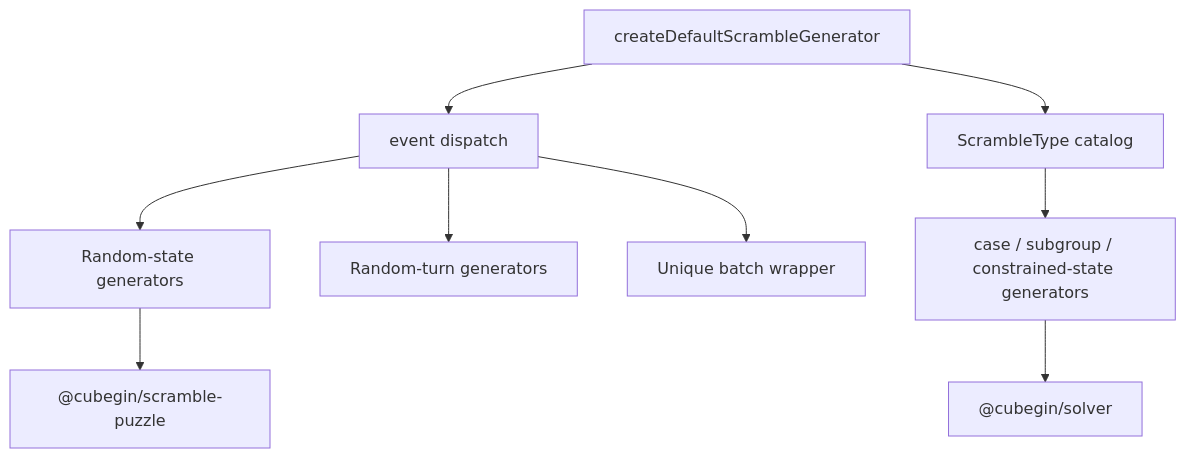
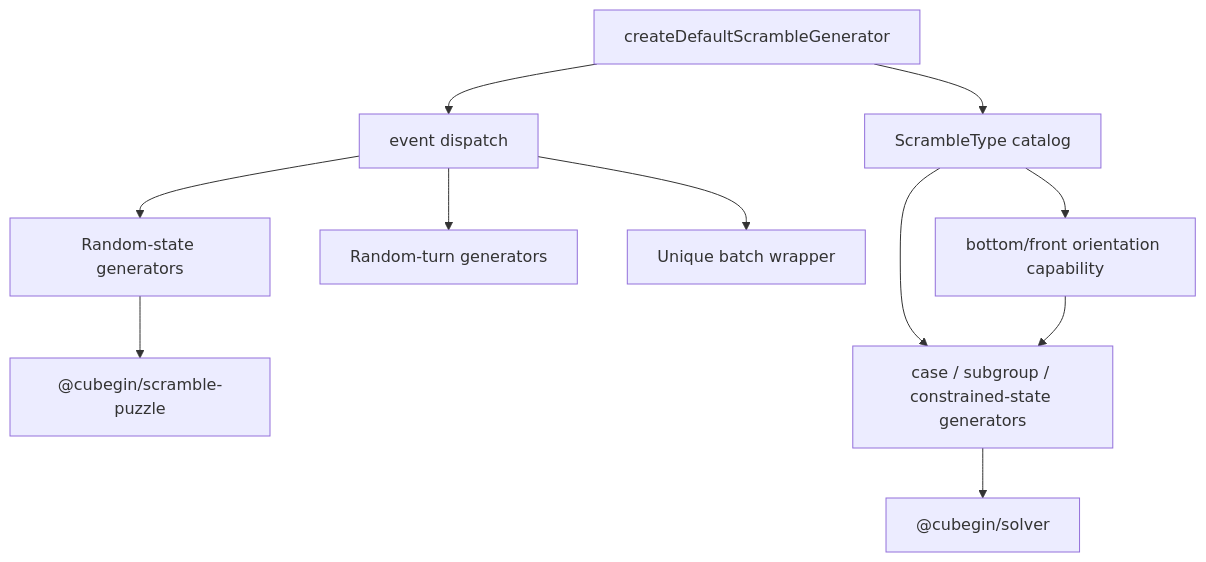
The diagram in docs/packages/scramble-core/index.md (deweyou/cube-kit), drawn with Mermaid before and after one commit. The commit also changed other lines of this file and 36 other files, not shown here.

Commit message:
feat(scramble): integrate training catalog and orientation

````diff
--- a/docs/packages/scramble-core/index.md
+++ b/docs/packages/scramble-core/index.md
@@ -3,11 +3,13 @@
 ```mermaid
 flowchart TD
     Facade["createDefaultScrambleGenerator"] --> Dispatch["event dispatch"]
     Dispatch --> RandomState["Random-state generators"]
     Dispatch --> RandomTurns["Random-turn generators"]
     Dispatch --> Batch["Unique batch wrapper"]
     Facade --> Catalog["ScrambleType catalog"]
     Catalog --> Training["case / subgroup / constrained-state generators"]
+    Catalog --> Orientation["bottom/front orientation capability"]
+    Orientation --> Training
     Training --> Solver["@cubegin/solver"]
     RandomState --> Puzzle["@cubegin/scramble-puzzle"]
 ```
````
